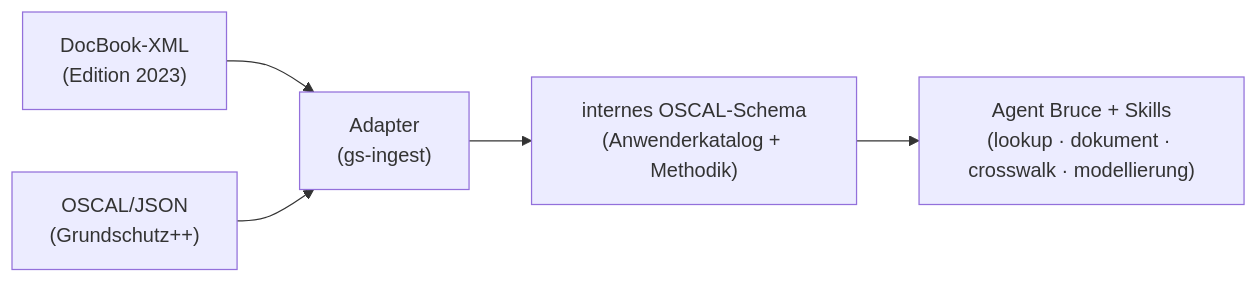
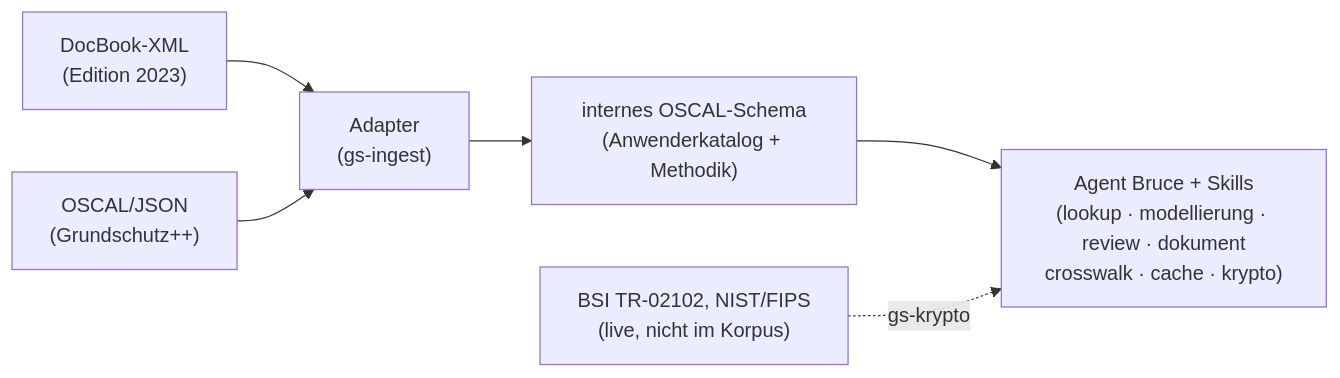
One commit to muhackel/claude-code-plugins changed the diagram in plugins/it-grundschutz/README.md. Above: the diagram before and after it, drawn with Mermaid. The commit also changed other lines of this file and 23 other files, not shown here.

````diff
--- a/plugins/it-grundschutz/README.md
+++ b/plugins/it-grundschutz/README.md
@@ -19,7 +19,8 @@
 ```mermaid
 flowchart LR
     A["DocBook-XML<br/>(Edition 2023)"] --> ADAPTER
     B["OSCAL/JSON<br/>(Grundschutz++)"] --> ADAPTER
     ADAPTER["Adapter<br/>(gs-ingest)"] --> SCHEMA["internes OSCAL-Schema<br/>(Anwenderkatalog + Methodik)"]
-    SCHEMA --> LOGIK["Agent Bruce + Skills<br/>(lookup · dokument · crosswalk · modellierung)"]
+    SCHEMA --> LOGIK["Agent Bruce + Skills<br/>(lookup · modellierung · review · dokument<br/>crosswalk · cache · krypto)"]
+    TR["BSI TR-02102, NIST/FIPS<br/>(live, nicht im Korpus)"] -.->|gs-krypto| LOGIK
 ```
````
